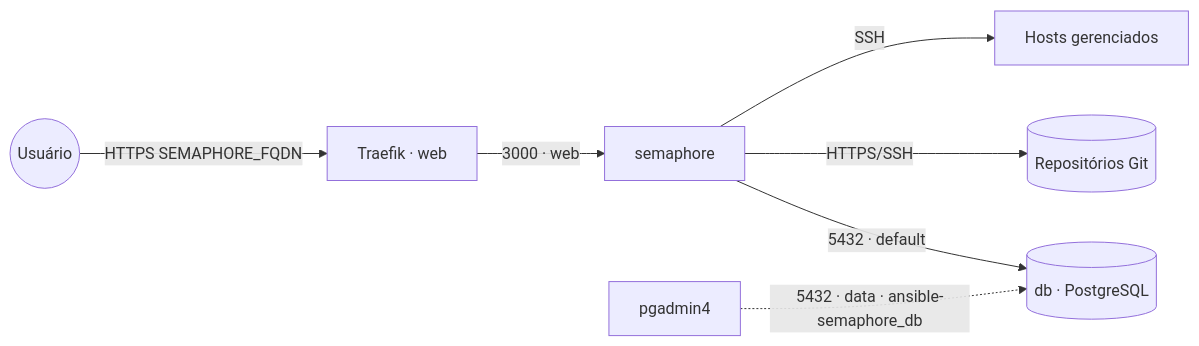
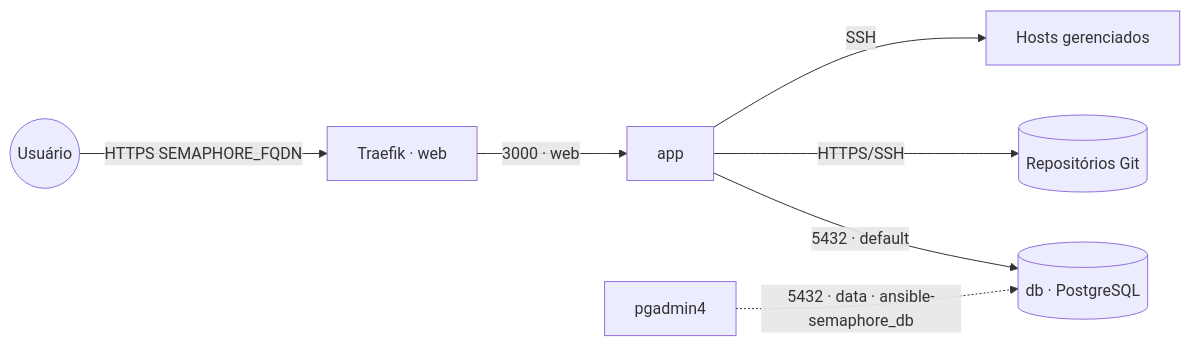
Before and after one commit to marcelofmatos/portainer-stacks: the first of 2 diagrams in ansible-semaphore/README.md, drawn with Mermaid. The commit also changed other lines of this file and 2 other files, not shown here.

Commit message:
ansible-semaphore: renomeia o serviço pra "app" (nao repetir o nome da stack)

````diff
--- a/ansible-semaphore/README.md
+++ b/ansible-semaphore/README.md
@@ -15,9 +15,9 @@
 ```mermaid
 flowchart LR
     usuario((Usuário)) -->|HTTPS SEMAPHORE_FQDN| traefik[Traefik · web]
-    traefik -->|3000 · web| sem[semaphore]
+    traefik -->|3000 · web| sem[app]
     sem -->|5432 · default| db[(db · PostgreSQL)]
     sem -->|HTTPS/SSH| git[(Repositórios Git)]
     sem -->|SSH| hosts[Hosts gerenciados]
     pg[pgadmin4] -.->|5432 · data · ansible-semaphore_db| db
 ```
````
